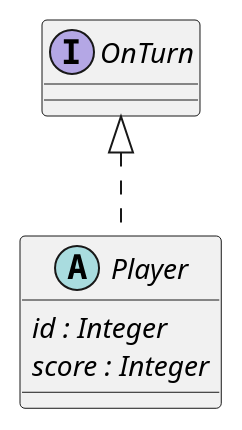
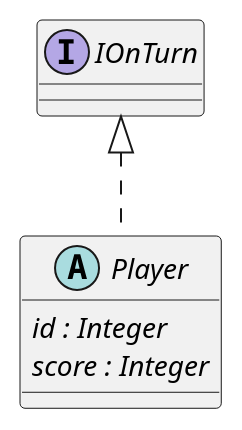
The diagram in 4/classes/player/player.puml (Petya-G/fungorium), drawn with PlantUML before and after one commit. The commit also changed 8 other files, not shown here.

```diff
--- a/4/classes/player/player.puml
+++ b/4/classes/player/player.puml
@@ -1,8 +1,8 @@
 @startuml player
 
-abstract class Player implements OnTurn{
+abstract class Player implements IOnTurn{
     {abstract} id : Integer
     {abstract} score : Integer
 }
 
 @enduml
```
